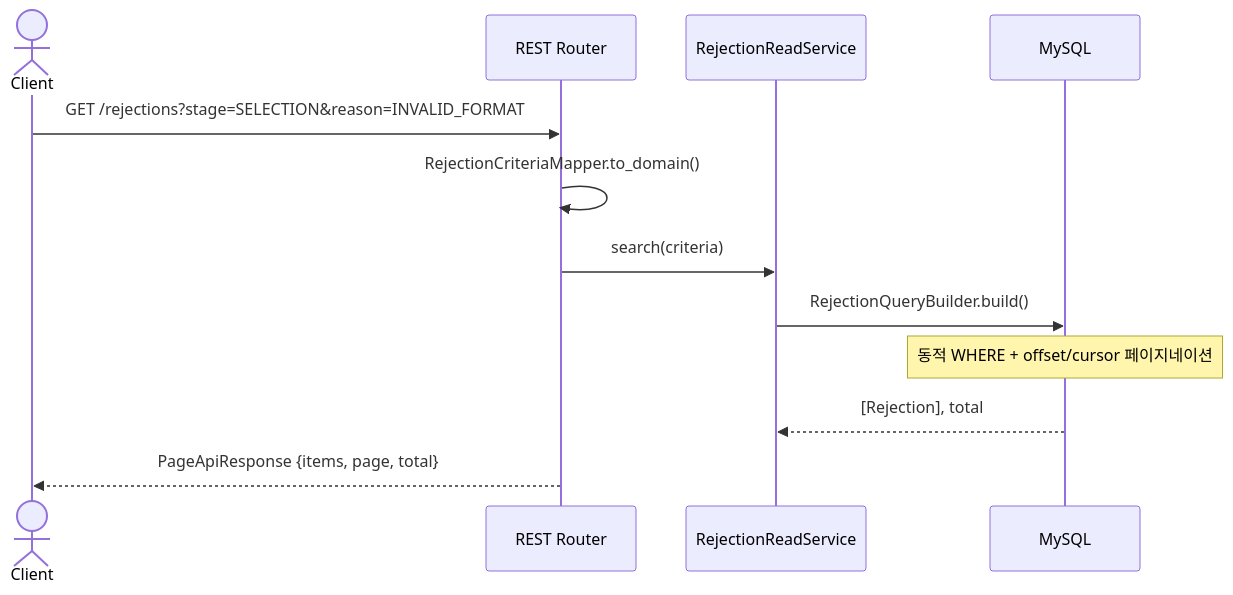
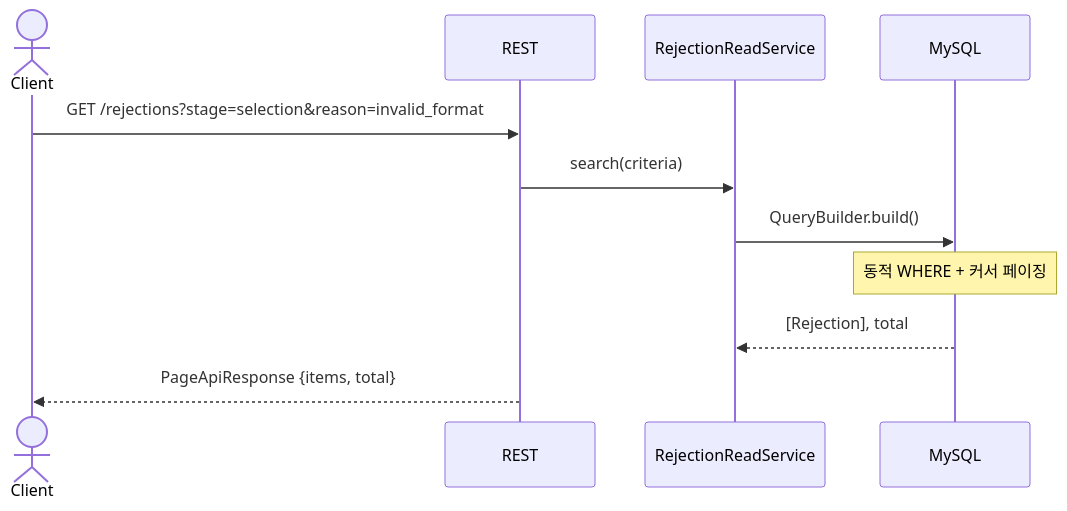
One commit to ryu-qqq/pipeline-server changed the eighth of 8 diagrams in docs/architecture.md. Above: the diagram before and after it, drawn with Mermaid. The commit also changed other lines of this file and 10 other files, not shown here.

````diff
--- a/docs/architecture.md
+++ b/docs/architecture.md
@@ -399,15 +423,14 @@
 ```mermaid
 sequenceDiagram
     actor Client
-    participant R as REST Router
-    participant RRS as RejectionReadService
+    participant REST
+    participant RejectionReadService
     participant MySQL
 
-    Client->>R: GET /rejections?stage=SELECTION&reason=INVALID_FORMAT
-    R->>R: RejectionCriteriaMapper.to_domain()
-    R->>RRS: search(criteria)
-    RRS->>MySQL: RejectionQueryBuilder.build()
-    Note over MySQL: 동적 WHERE + offset/cursor 페이지네이션
-    MySQL-->>RRS: [Rejection], total
-    R-->>Client: PageApiResponse {items, page, total}
+    Client->>REST: GET /rejections?stage=selection&reason=invalid_format
+    REST->>RejectionReadService: search(criteria)
+    RejectionReadService->>MySQL: QueryBuilder.build()
+    Note over MySQL: 동적 WHERE + 커서 페이징
+    MySQL-->>RejectionReadService: [Rejection], total
+    REST-->>Client: PageApiResponse {items, total}
 ```
````
